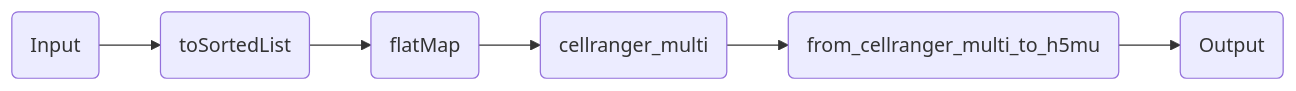
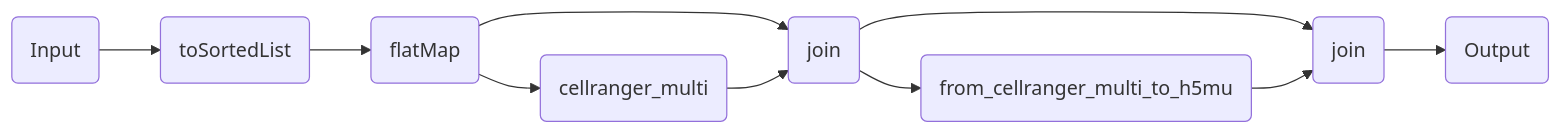
Before and after one commit to openpipelines-bio/website: the diagram in components/workflows/ingestion/cellranger_multi.qmd, drawn with Mermaid. The commit also changed other lines of this file and 92 other files, not shown here.

````diff
--- a/components/workflows/ingestion/cellranger_multi.qmd
+++ b/components/workflows/ingestion/cellranger_multi.qmd
@@ -157,16 +157,22 @@
 ```{mermaid}
 %%| column: screen-inset-shaded
 flowchart LR
     p0(Input)
     p2(toSortedList)
     p4(flatMap)
-    p12(cellranger_multi)
-    p21(from_cellranger_multi_to_h5mu)
+    p11(cellranger_multi)
+    p13(join)
+    p20(from_cellranger_multi_to_h5mu)
+    p22(join)
     p29(Output)
     p0-->p2
     p2-->p4
-    p4-->p12
-    p12-->p21
-    p21-->p29
+    p4-->p13
+    p4-->p11
+    p11-->p13
+    p13-->p22
+    p13-->p20
+    p20-->p22
+    p22-->p29
 
 ```
````
